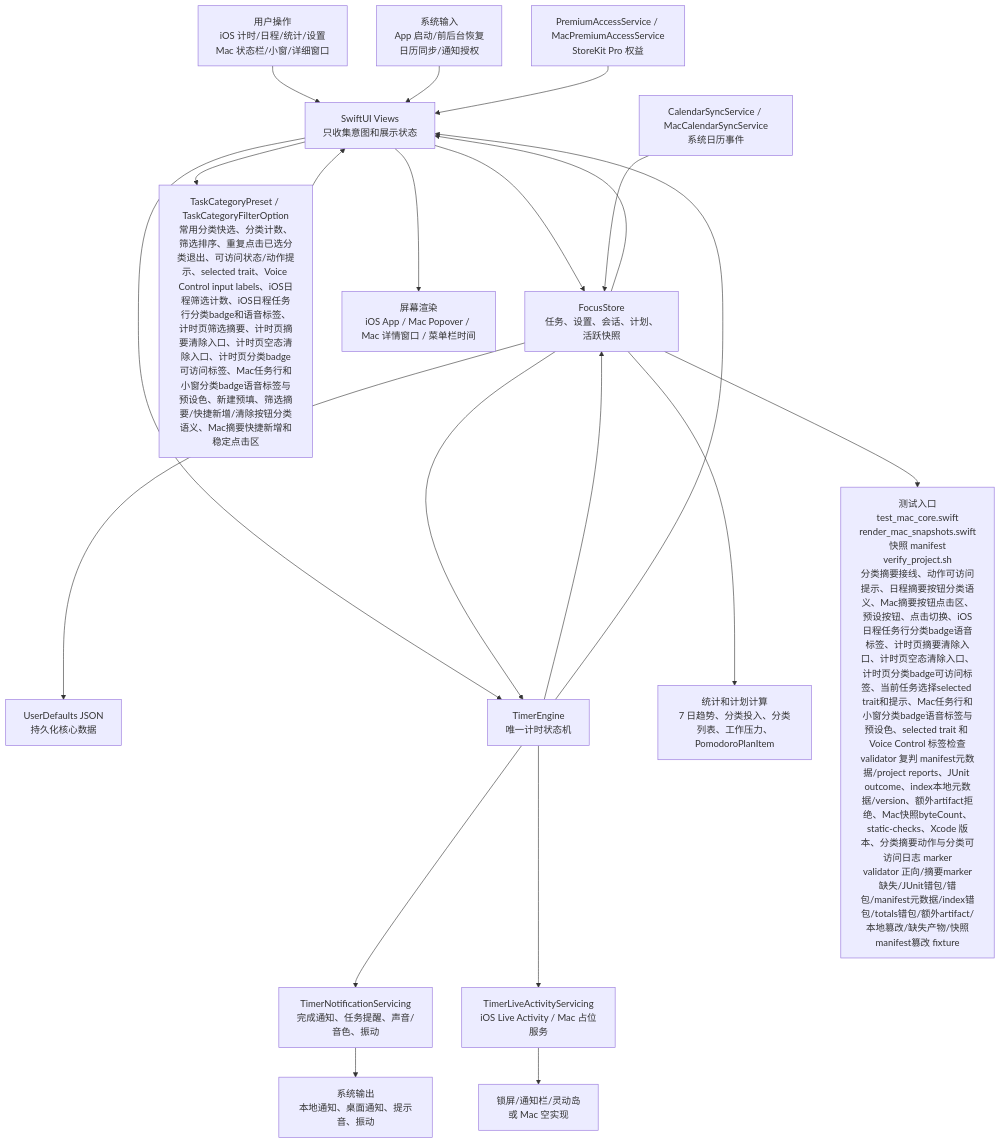
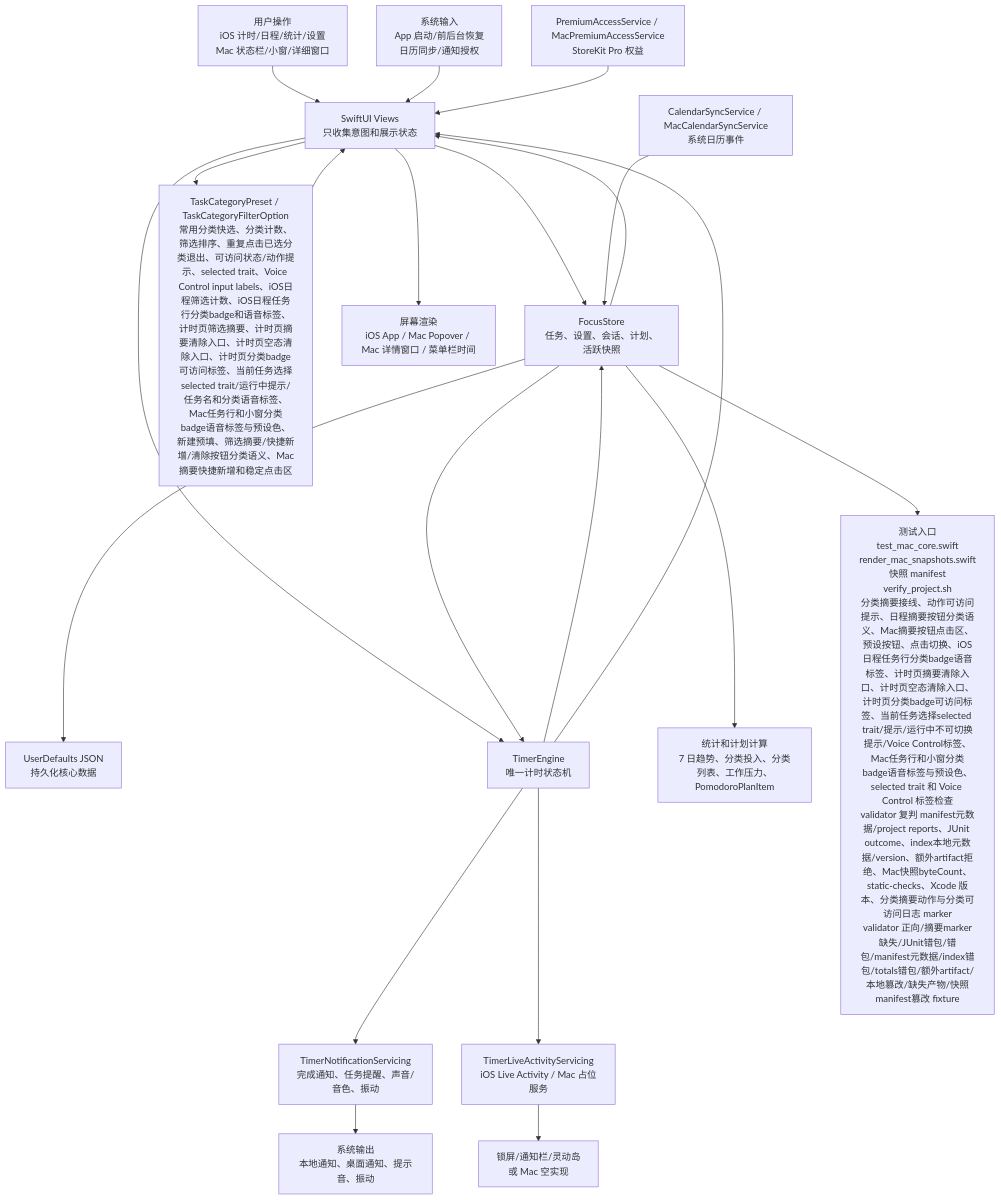
Before and after one commit to Altman-sam114/114: the first of 6 diagrams in md/flow/flowchart.md, drawn with Mermaid. The commit also changed other lines of this file and 9 other files, not shown here.

````diff
--- a/md/flow/flowchart.md
+++ b/md/flow/flowchart.md
@@ -9,23 +9,23 @@
 ```mermaid
 flowchart TD
   U["用户操作<br/>iOS 计时/日程/统计/设置<br/>Mac 状态栏/小窗/详细窗口"] --> V["SwiftUI Views<br/>只收集意图和展示状态"]
   SYS["系统输入<br/>App 启动/前后台恢复<br/>日历同步/通知授权"] --> V
   V --> S["FocusStore<br/>任务、设置、会话、计划、活跃快照"]
-  V --> CAT["TaskCategoryPreset / TaskCategoryFilterOption<br/>常用分类快选、分类计数、筛选排序、重复点击已选分类退出、可访问状态/动作提示、selected trait、Voice Control input labels、iOS日程筛选计数、iOS日程任务行分类badge和语音标签、计时页筛选摘要、计时页摘要清除入口、计时页空态清除入口、计时页分类badge可访问标签、Mac任务行和小窗分类badge语音标签与预设色、新建预填、筛选摘要/快捷新增/清除按钮分类语义、Mac摘要快捷新增和稳定点击区"]
+  V --> CAT["TaskCategoryPreset / TaskCategoryFilterOption<br/>常用分类快选、分类计数、筛选排序、重复点击已选分类退出、可访问状态/动作提示、selected trait、Voice Control input labels、iOS日程筛选计数、iOS日程任务行分类badge和语音标签、计时页筛选摘要、计时页摘要清除入口、计时页空态清除入口、计时页分类badge可访问标签、当前任务选择selected trait/运行中提示/任务名和分类语音标签、Mac任务行和小窗分类badge语音标签与预设色、新建预填、筛选摘要/快捷新增/清除按钮分类语义、Mac摘要快捷新增和稳定点击区"]
   CAT --> V
   S --> P["UserDefaults JSON<br/>持久化核心数据"]
   V --> E["TimerEngine<br/>唯一计时状态机"]
   S --> E
   E --> S
   E --> N["TimerNotificationServicing<br/>完成通知、任务提醒、声音/音色、振动"]
   E --> L["TimerLiveActivityServicing<br/>iOS Live Activity / Mac 占位服务"]
   S --> C["统计和计划计算<br/>7 日趋势、分类投入、分类列表、工作压力、PomodoroPlanItem"]
   CAL["CalendarSyncService / MacCalendarSyncService<br/>系统日历事件"] --> S
   PRO["PremiumAccessService / MacPremiumAccessService<br/>StoreKit Pro 权益"] --> V
   S --> V
   E --> V
   V --> OUT["屏幕渲染<br/>iOS App / Mac Popover / Mac 详情窗口 / 菜单栏时间"]
   N --> OUT2["系统输出<br/>本地通知、桌面通知、提示音、振动"]
   L --> OUT3["锁屏/通知栏/灵动岛<br/>或 Mac 空实现"]
-  S --> T["测试入口<br/>test_mac_core.swift<br/>render_mac_snapshots.swift<br/>快照 manifest<br/>verify_project.sh<br/>分类摘要接线、动作可访问提示、日程摘要按钮分类语义、Mac摘要按钮点击区、预设按钮、点击切换、iOS日程任务行分类badge语音标签、计时页摘要清除入口、计时页空态清除入口、计时页分类badge可访问标签、当前任务选择selected trait和提示、Mac任务行和小窗分类badge语音标签与预设色、selected trait 和 Voice Control 标签检查<br/>validator 复判 manifest元数据/project reports、JUnit outcome、index本地元数据/version、额外artifact拒绝、Mac快照byteCount、static-checks、Xcode 版本、分类摘要动作与分类可访问日志 marker<br/>validator 正向/摘要marker缺失/JUnit错包/错包/manifest元数据/index错包/totals错包/额外artifact/本地篡改/缺失产物/快照manifest篡改 fixture"]
+  S --> T["测试入口<br/>test_mac_core.swift<br/>render_mac_snapshots.swift<br/>快照 manifest<br/>verify_project.sh<br/>分类摘要接线、动作可访问提示、日程摘要按钮分类语义、Mac摘要按钮点击区、预设按钮、点击切换、iOS日程任务行分类badge语音标签、计时页摘要清除入口、计时页空态清除入口、计时页分类badge可访问标签、当前任务选择selected trait/提示/运行中不可切换提示/Voice Control标签、Mac任务行和小窗分类badge语音标签与预设色、selected trait 和 Voice Control 标签检查<br/>validator 复判 manifest元数据/project reports、JUnit outcome、index本地元数据/version、额外artifact拒绝、Mac快照byteCount、static-checks、Xcode 版本、分类摘要动作与分类可访问日志 marker<br/>validator 正向/摘要marker缺失/JUnit错包/错包/manifest元数据/index错包/totals错包/额外artifact/本地篡改/缺失产物/快照manifest篡改 fixture"]
 ```
````
